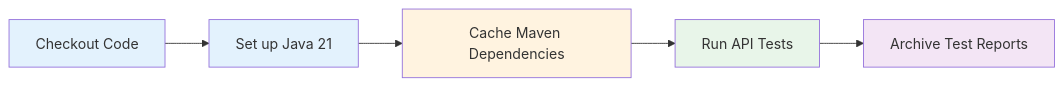
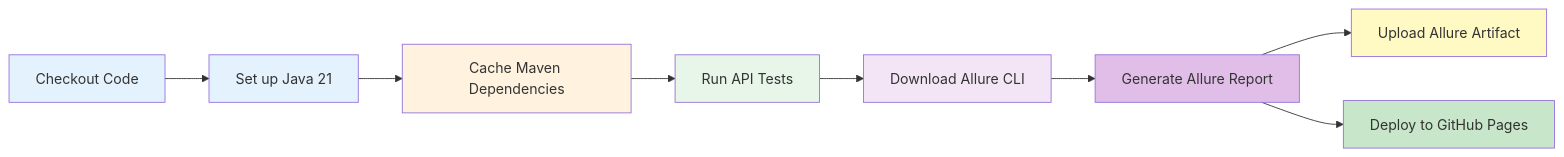
The second of 5 diagrams in README.md (umangbhatia786/RestAssuredAPITestingFramework), drawn with Mermaid before and after one commit. The commit also changed other lines of this file and 1 other file, not shown here.

Commit message:
Updated README.md as per latest allure reporting changes

````diff
--- a/README.md
+++ b/README.md
@@ -416,13 +420,19 @@
 ```mermaid
 graph LR
     A[Checkout Code] --> B[Set up Java 21]
     B --> C[Cache Maven Dependencies]
     C --> D[Run API Tests]
-    D --> E[Archive Test Reports]
+    D --> E[Download Allure CLI]
+    E --> F[Generate Allure Report]
+    F --> G[Upload Allure Artifact]
+    F --> H[Deploy to GitHub Pages]
     
     style A fill:#e3f2fd
     style B fill:#e3f2fd
     style C fill:#fff3e0
     style D fill:#e8f5e9
     style E fill:#f3e5f5
+    style F fill:#e1bee7
+    style G fill:#fff9c4
+    style H fill:#c8e6c9
 ```
````
